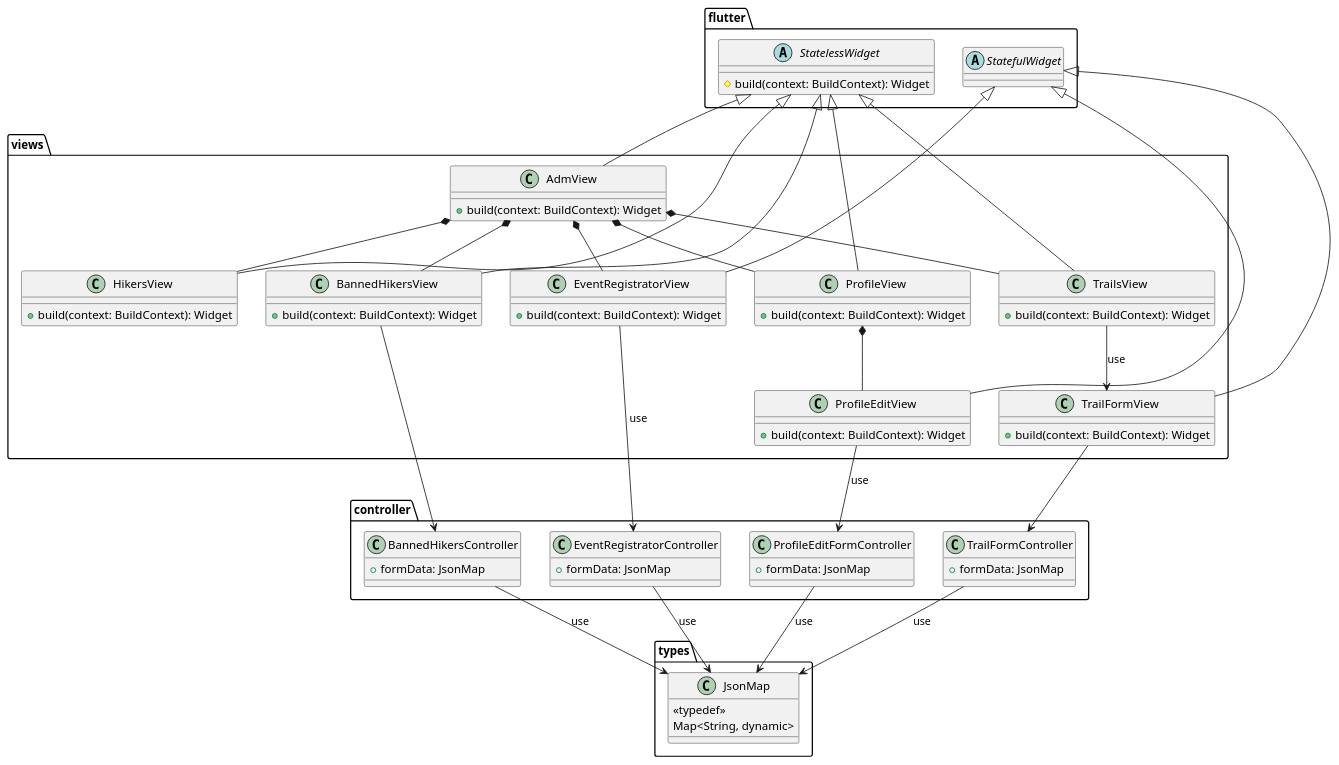
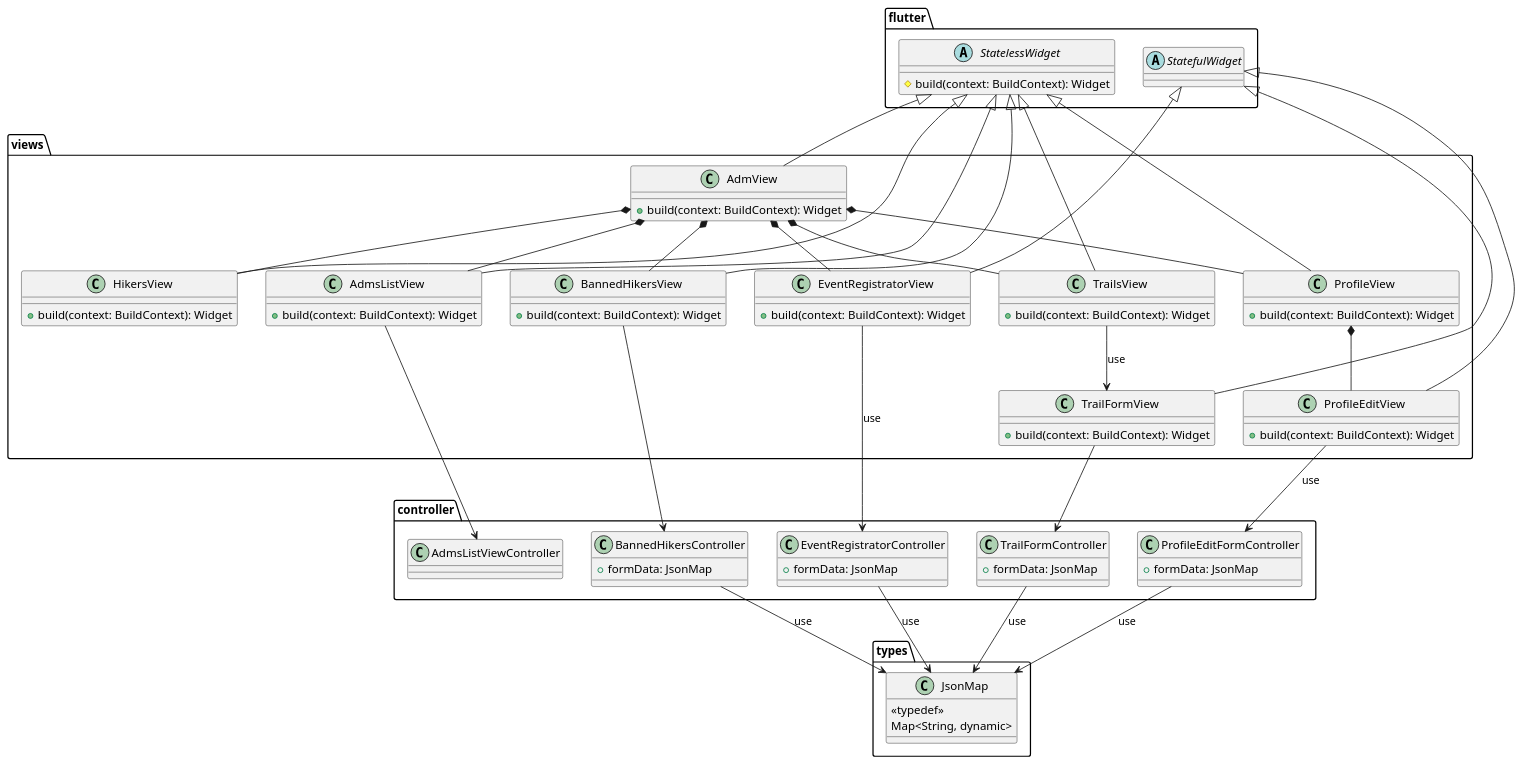
One commit to tiagors09/pe_na_pedra changed the diagram in docs/diagrams/src/class_diagrams/pe_na_pedra_class_diagram_8.plantuml. Above: the diagram before and after it, drawn with PlantUML.

Commit message:
docs: :memo: add AdmListView and AdmListViewController

```diff
--- a/docs/diagrams/src/class_diagrams/pe_na_pedra_class_diagram_8.plantuml
+++ b/docs/diagrams/src/class_diagrams/pe_na_pedra_class_diagram_8.plantuml
@@ -1,100 +1,110 @@
 @startuml pe_na_pedra_class_diagram_8
 package types {
   class JsonMap {
     <<typedef>>
     Map<String, dynamic>
   }
 }
 
 package flutter {
   abstract class StatelessWidget {
   # build(context: BuildContext): Widget
   }
 
   abstract class StatefulWidget
 }
 
 package controller {
   class TrailFormController {
     + formData: JsonMap
   }
 
   class ProfileEditFormController {
     + formData: JsonMap
   }
 
   class BannedHikersController {
     + formData: JsonMap
   }
 
   class EventRegistratorController {
     + formData: JsonMap
   }
+
+  class AdmsListViewController
 }
 
 package views {
   class AdmView {
+    + build(context: BuildContext): Widget
+  }
+
+  class AdmsListView {
     + build(context: BuildContext): Widget
   }
 
   class EventRegistratorView {
     + build(context: BuildContext): Widget
   }
 
   class TrailsView {
     + build(context: BuildContext): Widget
   }
 
   class TrailFormView {
     + build(context: BuildContext): Widget
   }
 
   class ProfileView {
     + build(context: BuildContext): Widget
   }
 
   class ProfileEditView {
     + build(context: BuildContext): Widget
   }
 
   class BannedHikersView {
     + build(context: BuildContext): Widget
   }
 
   class HikersView {
     + build(context: BuildContext): Widget
   }
 }
 
 StatelessWidget <|-- AdmView
 StatelessWidget <|-- ProfileView
 StatefulWidget <|-- ProfileEditView
+StatelessWidget <|-- AdmsListView
 StatefulWidget <|-- EventRegistratorView
 StatelessWidget <|-- TrailsView
 StatelessWidget <|-- BannedHikersView
 StatelessWidget <|-- HikersView
 
 AdmView *-- ProfileView
 ProfileView *-- ProfileEditView
 AdmView *-- TrailsView
 AdmView *-- BannedHikersView
 AdmView *-- HikersView
 AdmView *-- EventRegistratorView
+AdmView *-- AdmsListView
 
 TrailsView --> TrailFormView : use
 ProfileEditView --> ProfileEditFormController : use
+
+AdmsListView --> AdmsListViewController
 
 TrailFormController --> JsonMap : use
 ProfileEditFormController --> JsonMap : use
 
 BannedHikersController --> JsonMap : use
 EventRegistratorController --> JsonMap : use
 
 BannedHikersView --> BannedHikersController
 
 TrailFormView --> TrailFormController
 
 StatefulWidget <|-- TrailFormView
 
 EventRegistratorView --> EventRegistratorController : use
 @enduml
```
